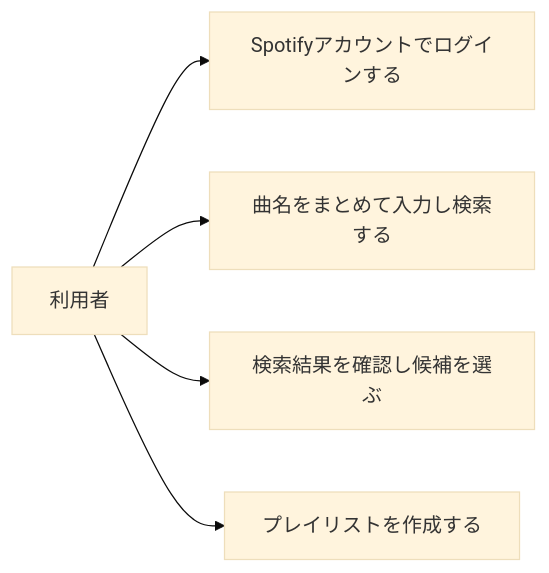
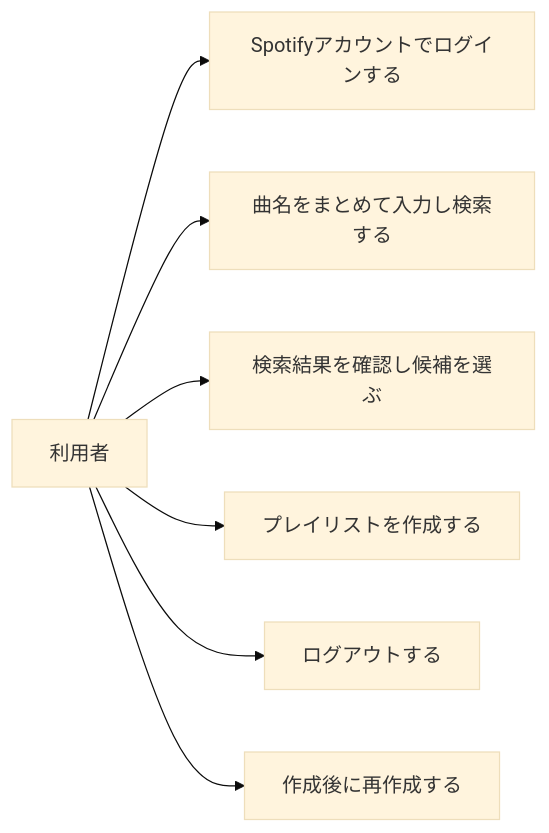
Before and after one commit to zakiyama0108/benriyatool: the diagram in specs/spotify-playlist/playlist-create/requirements.md, drawn with Mermaid (base theme). The commit also changed other lines of this file and 2 other files, not shown here.

````diff
--- a/specs/spotify-playlist/playlist-create/requirements.md
+++ b/specs/spotify-playlist/playlist-create/requirements.md
@@ -17,13 +17,17 @@
 ```mermaid
 flowchart LR
     user["利用者"]
     login["Spotifyアカウントでログインする"]
     search["曲名をまとめて入力し検索する"]
     select["検索結果を確認し候補を選ぶ"]
     create["プレイリストを作成する"]
+    logout["ログアウトする"]
+    recreate["作成後に再作成する"]
 
     user --> login
     user --> search
     user --> select
     user --> create
+    user --> logout
+    user --> recreate
 ```
````
